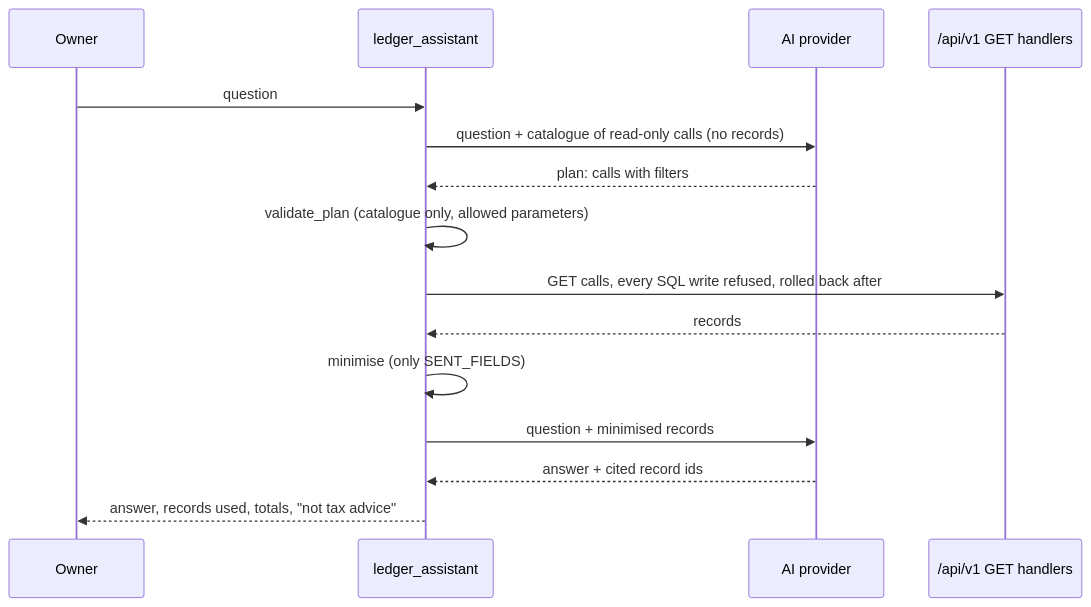
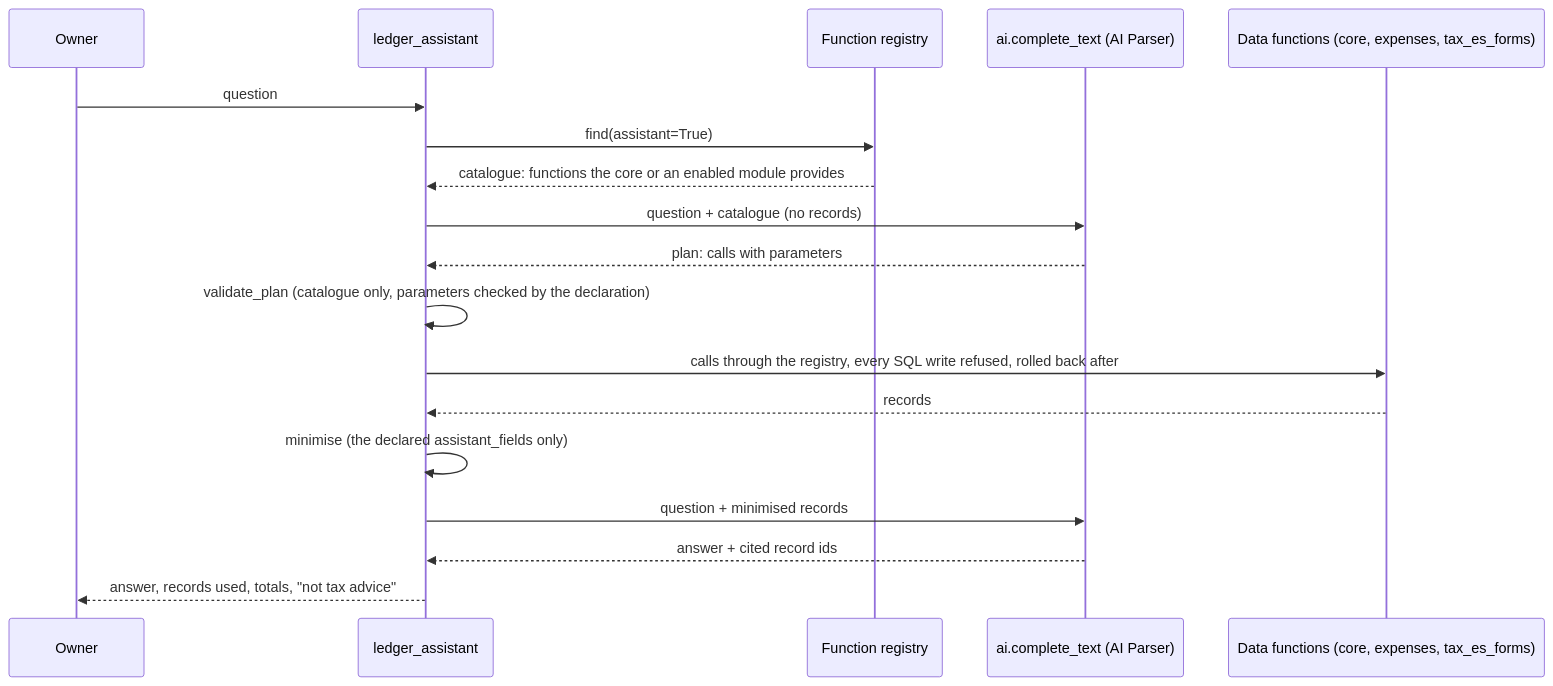
Before and after one commit to mborchuk/ContaAutonomo: the diagram in modules/ledger_assistant/README.md, drawn with Mermaid. The commit also changed other lines of this file and 18 other files, not shown here.

First line of the commit message:
feat: AI Parser, Expenses, Tax Forms and Ledger Assistant on the registry (#147)

````diff
--- a/modules/ledger_assistant/README.md
+++ b/modules/ledger_assistant/README.md
@@ -10,17 +17,20 @@
 ```mermaid
 sequenceDiagram
     participant U as Owner
     participant A as ledger_assistant
-    participant P as AI provider
-    participant API as /api/v1 GET handlers
+    participant R as Function registry
+    participant T as ai.complete_text (AI Parser)
+    participant D as Data functions (core, expenses, tax_es_forms)
     U->>A: question
-    A->>P: question + catalogue of read-only calls (no records)
-    P-->>A: plan: calls with filters
-    A->>A: validate_plan (catalogue only, allowed parameters)
-    A->>API: GET calls, every SQL write refused, rolled back after
-    API-->>A: records
-    A->>A: minimise (only SENT_FIELDS)
-    A->>P: question + minimised records
-    P-->>A: answer + cited record ids
+    A->>R: find(assistant=True)
+    R-->>A: catalogue: functions the core or an enabled module provides
+    A->>T: question + catalogue (no records)
+    T-->>A: plan: calls with parameters
+    A->>A: validate_plan (catalogue only, parameters checked by the declaration)
+    A->>D: calls through the registry, every SQL write refused, rolled back after
+    D-->>A: records
+    A->>A: minimise (the declared assistant_fields only)
+    A->>T: question + minimised records
+    T-->>A: answer + cited record ids
     A-->>U: answer, records used, totals, "not tax advice"
 ```
````
